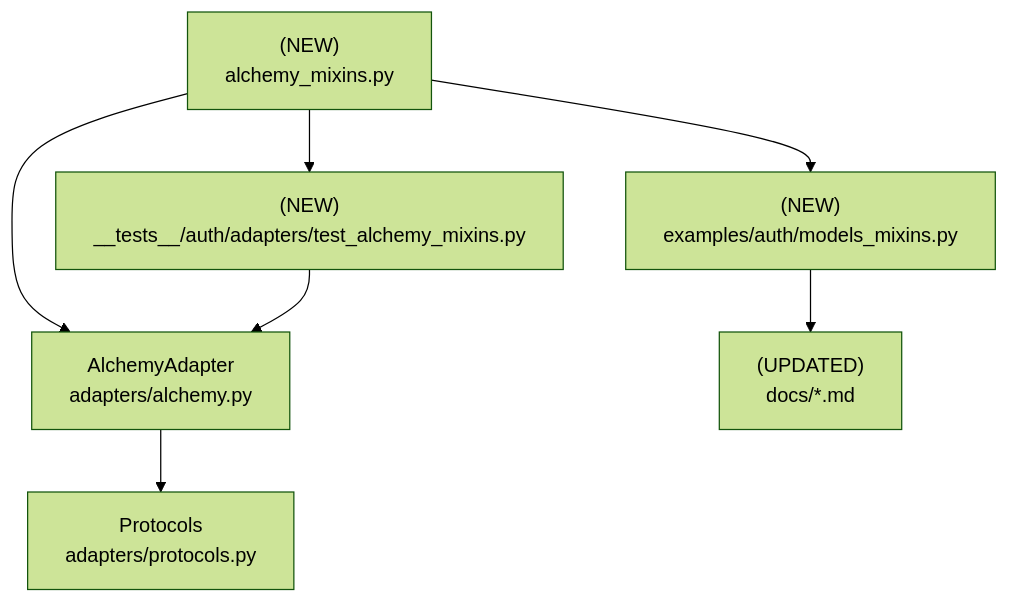
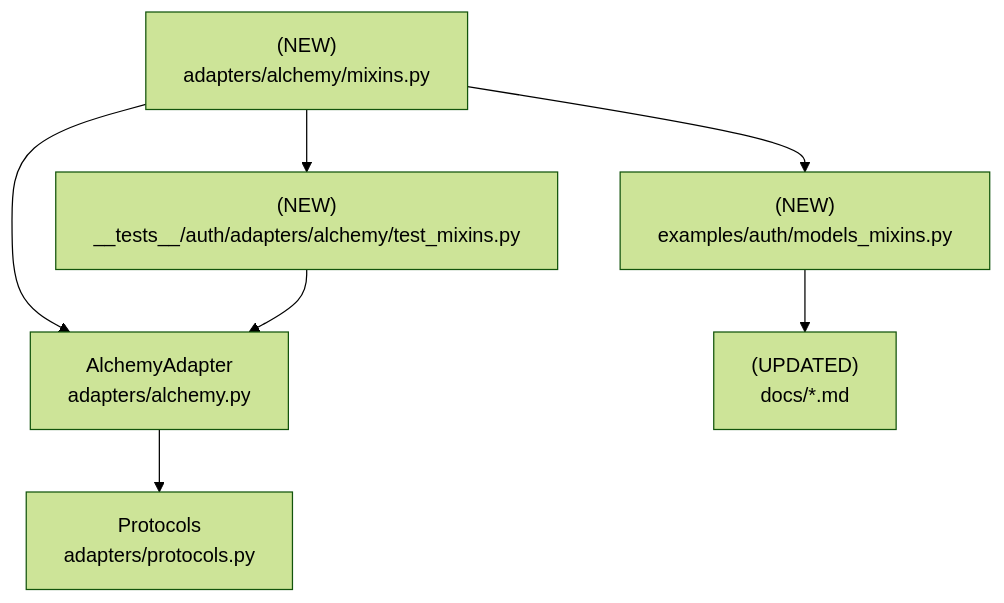
The third of 3 diagrams in design/004-sqlalchemy-mixins.md (mplemay/belgie), drawn with Mermaid (forest theme) before and after one commit. The commit also changed other lines of this file, not shown here.

````diff
--- a/design/004-sqlalchemy-mixins.md
+++ b/design/004-sqlalchemy-mixins.md
@@ -107,16 +109,16 @@
 ```mermaid
 graph TD
-    Mixins["(NEW)<br/>alchemy_mixins.py"]
+    Mixins["(NEW)<br/>adapters/alchemy/mixins.py"]
     Adapter["AlchemyAdapter<br/>adapters/alchemy.py"]
     Protocols["Protocols<br/>adapters/protocols.py"]
     Examples["(NEW)<br/>examples/auth/models_mixins.py"]
     Docs["(UPDATED)<br/>docs/*.md"]
-    Tests["(NEW)<br/>__tests__/auth/adapters/test_alchemy_mixins.py"]
+    Tests["(NEW)<br/>__tests__/auth/adapters/alchemy/test_mixins.py"]
 
     Mixins --> Adapter
     Mixins --> Examples
     Mixins --> Tests
     Adapter --> Protocols
     Examples --> Docs
     Tests --> Adapter
 ```
````
